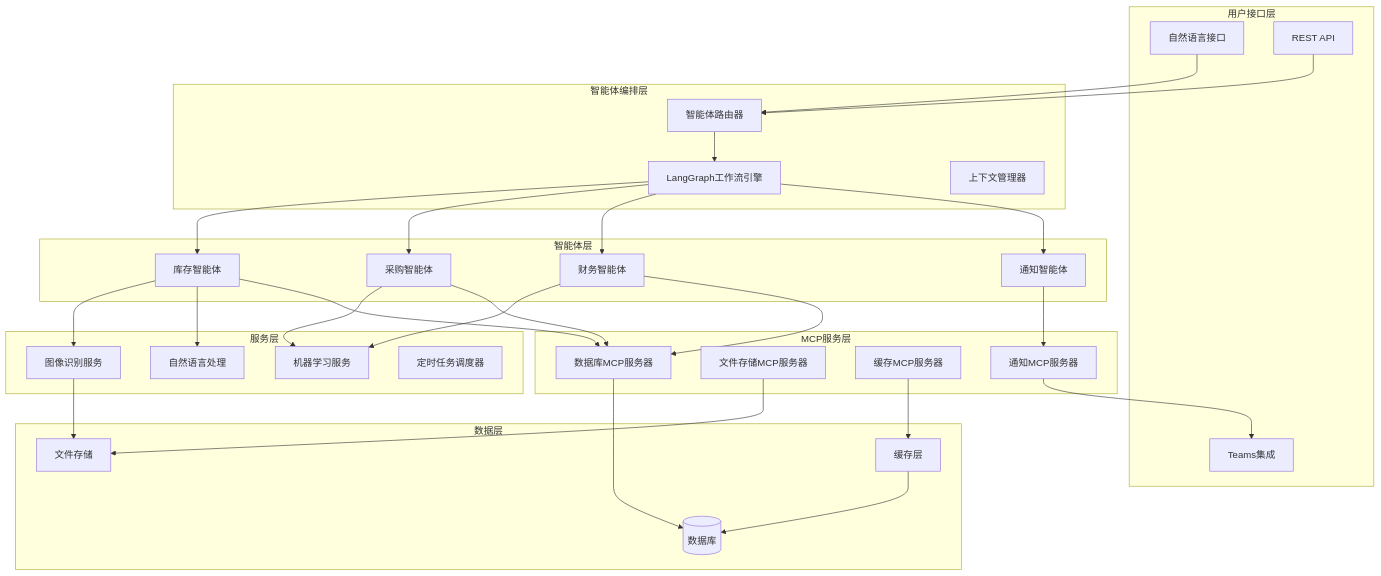
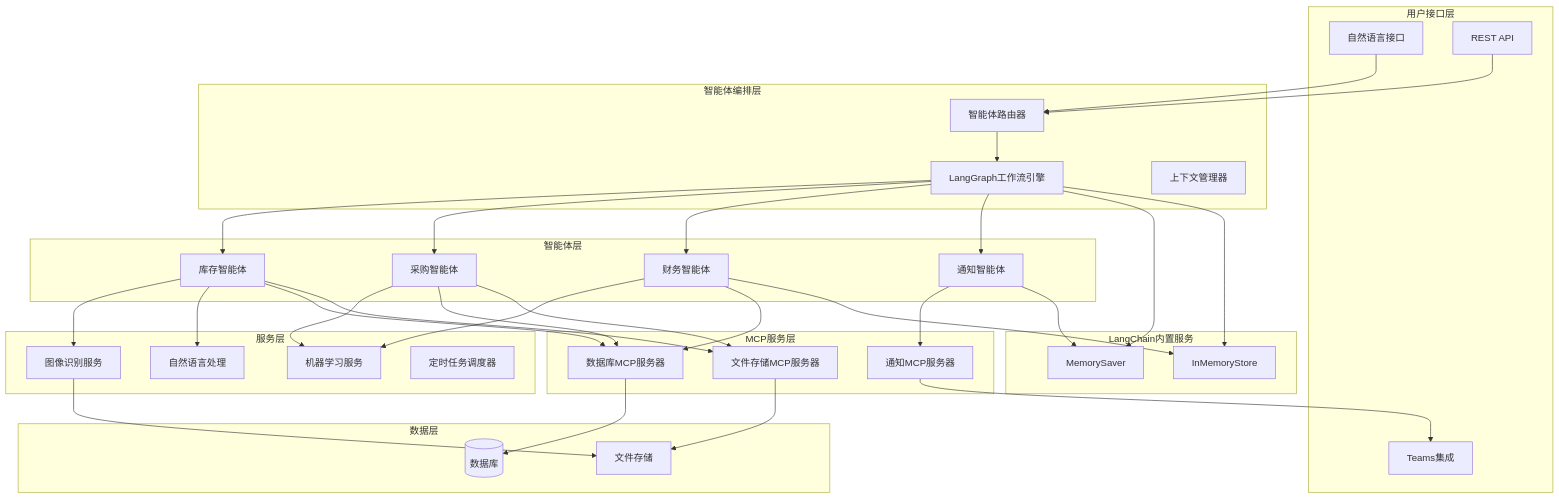
One commit to ZhangYuri/shopping-assistant changed the first of 2 diagrams in .kiro/specs/shopping-assistant-agents/design.md. Above: the diagram before and after it, drawn with Mermaid. The commit also changed other lines of this file and 6 other files, not shown here.

````diff
--- a/.kiro/specs/shopping-assistant-agents/design.md
+++ b/.kiro/specs/shopping-assistant-agents/design.md
@@ -18,68 +18,76 @@
 ```mermaid
 graph TB
     subgraph "用户接口层"
         UI[自然语言接口]
         API[REST API]
         Teams[Teams集成]
     end
-    
+
     subgraph "智能体编排层"
         LG[LangGraph工作流引擎]
         Router[智能体路由器]
         Context[上下文管理器]
     end
-    
+
     subgraph "智能体层"
         IA[库存智能体]
         PA[采购智能体]
         FA[财务智能体]
         NA[通知智能体]
     end
-    
+
     subgraph "服务层"
         OCR[图像识别服务]
         NLP[自然语言处理]
         ML[机器学习服务]
         Scheduler[定时任务调度器]
     end
-    
+
     subgraph "MCP服务层"
         MCP_DB[数据库MCP服务器]
         MCP_FILE[文件存储MCP服务器]
-        MCP_CACHE[缓存MCP服务器]
         MCP_NOTIFY[通知MCP服务器]
     end
-    
+
+    subgraph "LangChain内置服务"
+        MEMORY[MemorySaver]
+        STORE[InMemoryStore]
+    end
+
     subgraph "数据层"
         DB[(数据库)]
-        Cache[缓存层]
         Files[文件存储]
     end
-    
+
     UI --> Router
     API --> Router
-    
+
     Router --> LG
     LG --> IA
     LG --> PA
     LG --> FA
     LG --> NA
-    
+
     IA --> OCR
     IA --> NLP
     PA --> ML
     FA --> ML
-    
+
     IA --> MCP_DB
+    IA --> MCP_FILE
     PA --> MCP_DB
+    PA --> MCP_FILE
     FA --> MCP_DB
+    FA --> STORE
     NA --> MCP_NOTIFY
-    
+    NA --> MEMORY
+
+    LG --> MEMORY
+    LG --> STORE
+
     MCP_DB --> DB
     MCP_FILE --> Files
-    MCP_CACHE --> Cache
     MCP_NOTIFY --> Teams
-    
+
     OCR --> Files
-    Cache --> DB
 ```
````
